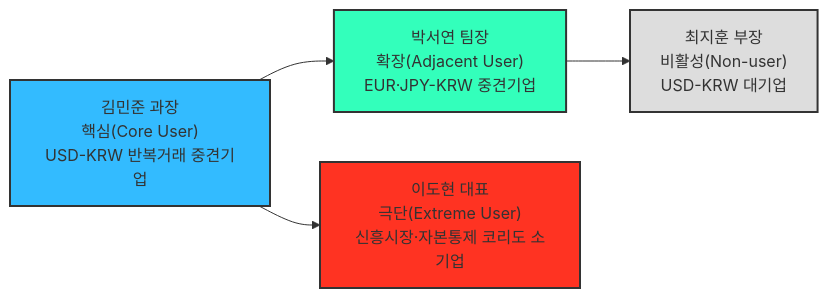
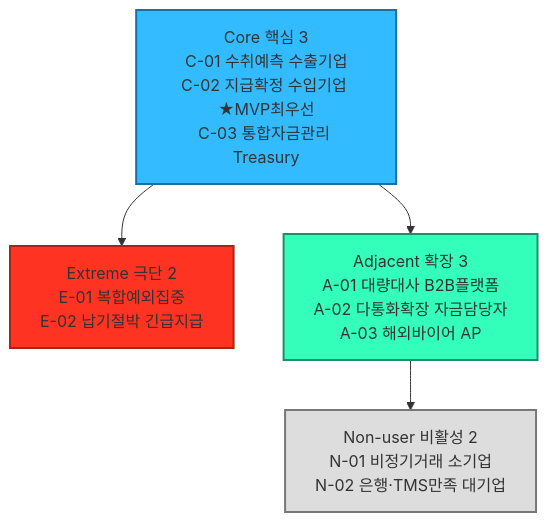
Before and after one commit to jennie-brain/business-analysis-frameworks: the second of 2 diagrams in 05_페르소나_고객여정지도/01_페르소나스펙트럼_분석보고서.md, drawn with Mermaid. The commit also changed other lines of this file, not shown here.

````diff
--- a/05_페르소나_고객여정지도/01_페르소나스펙트럼_분석보고서.md
+++ b/05_페르소나_고객여정지도/01_페르소나스펙트럼_분석보고서.md
@@ -145,10 +228,16 @@
 ```mermaid
-graph LR
-Core["김민준 과장<br>핵심(Core User)<br>USD-KRW 반복거래 중견기업"] --> Adjacent["박서연 팀장<br>확장(Adjacent User)<br>EUR·JPY-KRW 중견기업"]
-Core --> Extreme["이도현 대표<br>극단(Extreme User)<br>신흥시장·자본통제 코리도 소기업"]
-Adjacent --> NonUser["최지훈 부장<br>비활성(Non-user)<br>USD-KRW 대기업"]
-style Core fill:#33BBFF,stroke:#333,stroke-width:2px
-style Adjacent fill:#33FFBB,stroke:#333,stroke-width:2px
-style Extreme fill:#FF3322,stroke:#333,stroke-width:2px
-style NonUser fill:#DDDDDD,stroke:#333,stroke-width:2px
+flowchart TB
+    CORE["Core 핵심 3<br/>C-01 수취예측 수출기업<br/>C-02 지급확정 수입기업 ★MVP최우선<br/>C-03 통합자금관리 Treasury"]
+    EXT["Extreme 극단 2<br/>E-01 복합예외집중<br/>E-02 납기절박 긴급지급"]
+    ADJ["Adjacent 확장 3<br/>A-01 대량대사 B2B플랫폼<br/>A-02 다통화확장 자금담당자<br/>A-03 해외바이어 AP"]
+    NON["Non-user 비활성 2<br/>N-01 비정기거래 소기업<br/>N-02 은행·TMS만족 대기업"]
+
+    CORE --> EXT
+    CORE --> ADJ
+    ADJ --> NON
+
+    style CORE fill:#33BBFF,stroke:#1b6fa8,stroke-width:2px
+    style EXT fill:#FF3322,stroke:#a8241b,stroke-width:2px
+    style ADJ fill:#33FFBB,stroke:#1b8f6b,stroke-width:2px
+    style NON fill:#DDDDDD,stroke:#777777,stroke-width:2px
 ```
````
